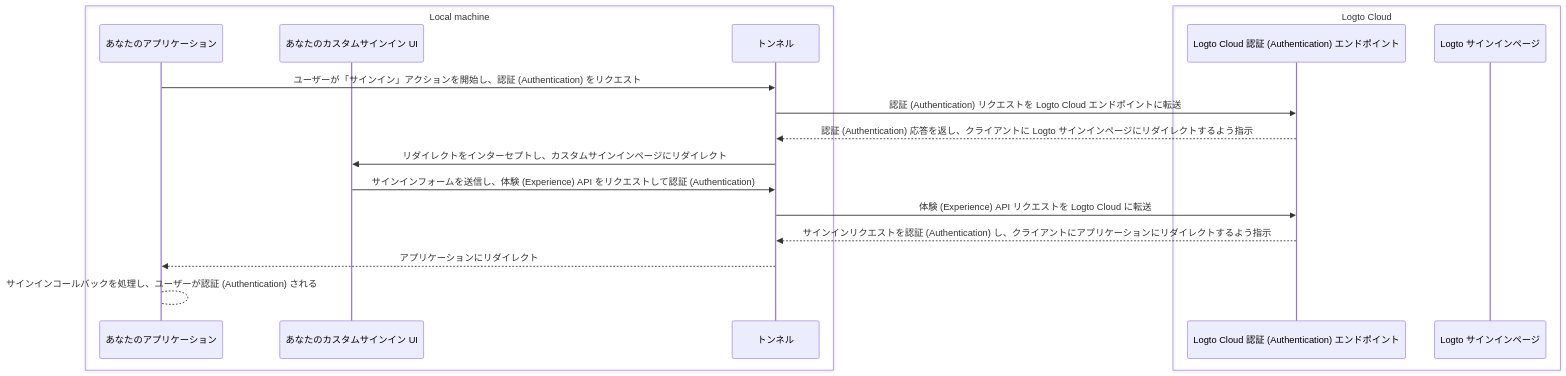
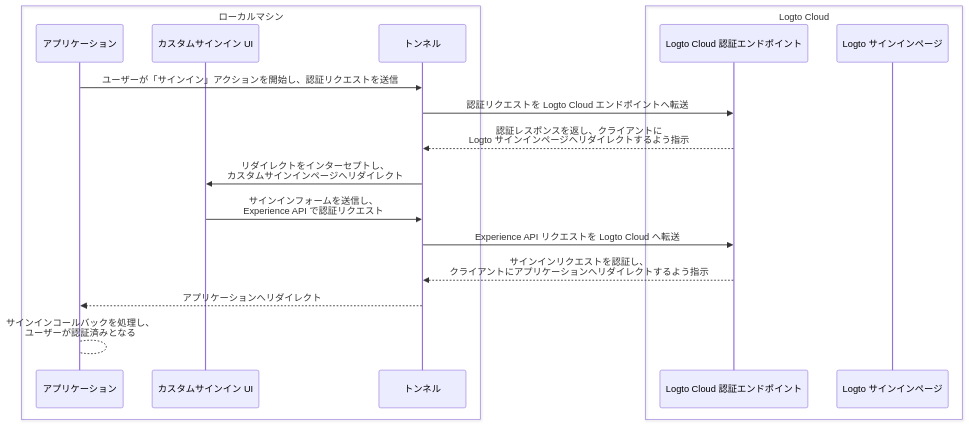
One commit to logto-io/docs changed the second of 2 diagrams in i18n/ja/docusaurus-plugin-content-docs/current/customization/bring-your-ui/debug-and-test-your-custom-ui-locally.mdx. Above: the diagram before and after it, drawn with Mermaid. The commit also changed other lines of this file and 666 other files, not shown here.

````diff
--- a/i18n/ja/docusaurus-plugin-content-docs/current/customization/bring-your-ui/debug-and-test-your-custom-ui-locally.mdx
+++ b/i18n/ja/docusaurus-plugin-content-docs/current/customization/bring-your-ui/debug-and-test-your-custom-ui-locally.mdx
@@ -42,21 +45,21 @@
 ```mermaid
 sequenceDiagram
-    box Local machine
-    participant A as あなたのアプリケーション
-    participant B as あなたのカスタムサインイン UI
+    box ローカルマシン
+    participant A as アプリケーション
+    participant B as カスタムサインイン UI
     participant C as トンネル
     end
     box Logto Cloud
-    participant D as Logto Cloud 認証 (Authentication) エンドポイント
+    participant D as Logto Cloud 認証エンドポイント
     participant E as Logto サインインページ
     end
-    A ->> C: ユーザーが「サインイン」アクションを開始し、認証 (Authentication) をリクエスト
-    C ->> D: 認証 (Authentication) リクエストを Logto Cloud エンドポイントに転送
-    D -->> C: 認証 (Authentication) 応答を返し、クライアントに Logto サインインページにリダイレクトするよう指示
-    C ->> B: リダイレクトをインターセプトし、カスタムサインインページにリダイレクト
-    B ->> C: サインインフォームを送信し、体験 (Experience) API をリクエストして認証 (Authentication)
-    C ->> D: 体験 (Experience) API リクエストを Logto Cloud に転送
-    D -->> C: サインインリクエストを認証 (Authentication) し、クライアントにアプリケーションにリダイレクトするよう指示
-    C -->> A: アプリケーションにリダイレクト
-    A --> A: サインインコールバックを処理し、ユーザーが認証 (Authentication) される
+    A ->> C: ユーザーが「サインイン」アクションを開始し、認証リクエストを送信
+    C ->> D: 認証リクエストを Logto Cloud エンドポイントへ転送
+    D -->> C: 認証レスポンスを返し、クライアントに<br/>Logto サインインページへリダイレクトするよう指示
+    C ->> B: リダイレクトをインターセプトし、<br/>カスタムサインインページへリダイレクト
+    B ->> C: サインインフォームを送信し、<br/>Experience API で認証リクエスト
+    C ->> D: Experience API リクエストを Logto Cloud へ転送
+    D -->> C: サインインリクエストを認証し、<br/>クライアントにアプリケーションへリダイレクトするよう指示
+    C -->> A: アプリケーションへリダイレクト
+    A --> A: サインインコールバックを処理し、<br/>ユーザーが認証済みとなる
 ```
````
